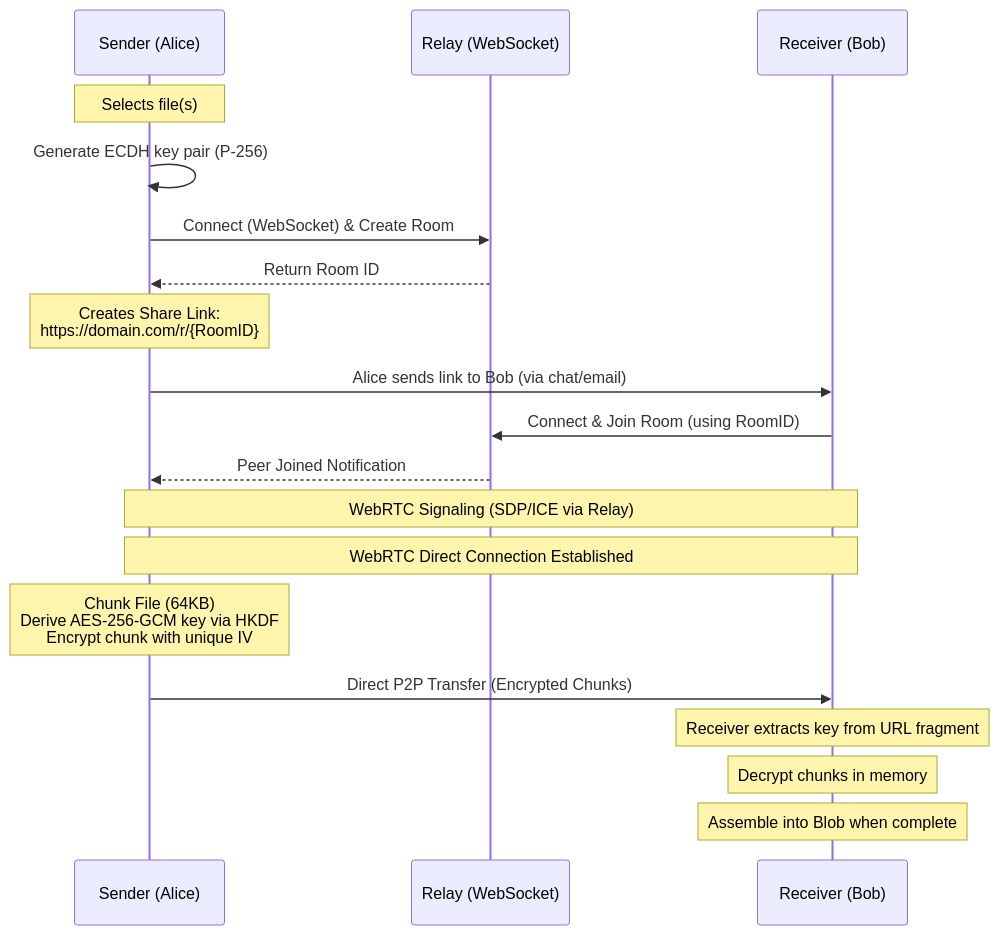
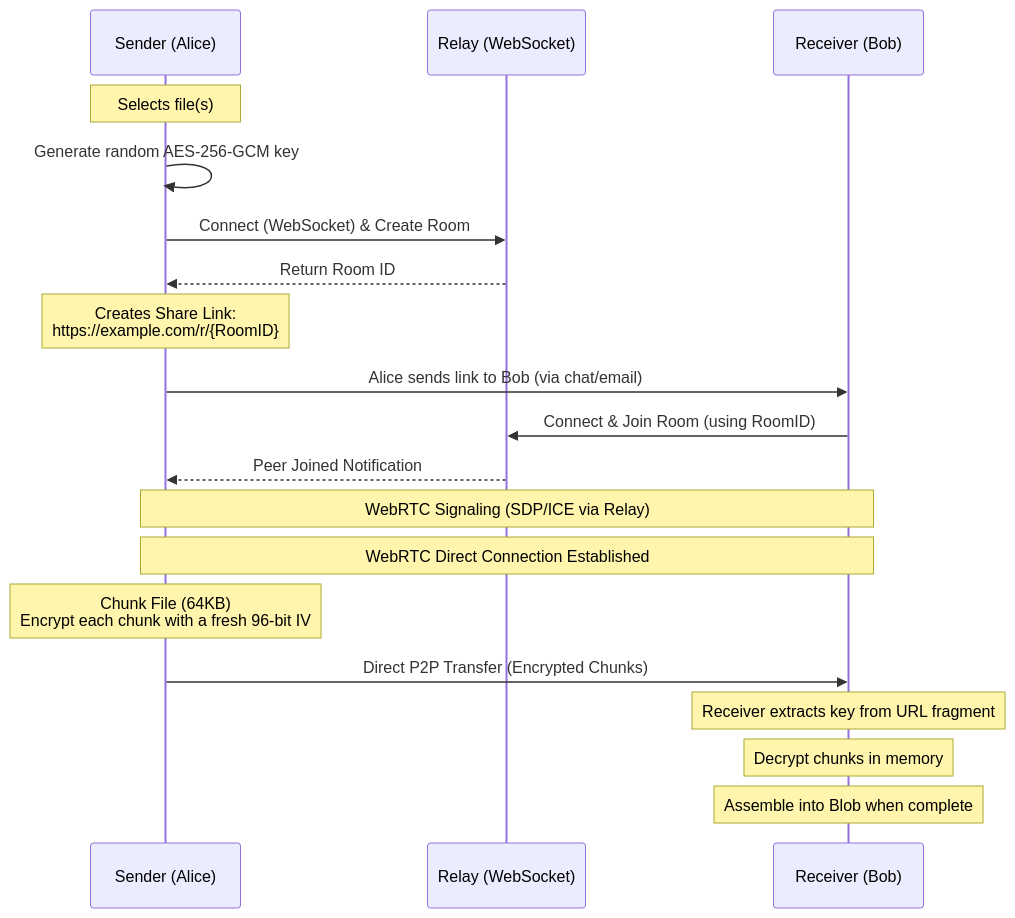
Before and after one commit to itsoumya-d/peervault: the diagram in README.md, drawn with Mermaid. The commit also changed other lines of this file and 29 other files, not shown here.

````diff
--- a/README.md
+++ b/README.md
@@ -68,26 +68,26 @@
 ```mermaid
 sequenceDiagram
     participant S as Sender (Alice)
     participant R as Relay (WebSocket)
     participant C as Receiver (Bob)
 
     Note over S: Selects file(s)
-    S->>S: Generate ECDH key pair (P-256)
+    S->>S: Generate random AES-256-GCM key
     S->>R: Connect (WebSocket) & Create Room
     R-->>S: Return Room ID
-    Note over S: Creates Share Link:<br/>https://domain.com/r/{RoomID}#{ECDHKey}
+    Note over S: Creates Share Link:<br/>https://example.com/r/{RoomID}#{AESKey}
 
     S->>C: Alice sends link to Bob (via chat/email)
     C->>R: Connect & Join Room (using RoomID)
     R-->>S: Peer Joined Notification
 
     Note over S,C: WebRTC Signaling (SDP/ICE via Relay)
     Note over S,C: WebRTC Direct Connection Established
 
-    Note over S: Chunk File (64KB)<br/>Derive AES-256-GCM key via HKDF<br/>Encrypt chunk with unique IV
+    Note over S: Chunk File (64KB)<br/>Encrypt each chunk with a fresh 96-bit IV
     S->>C: Direct P2P Transfer (Encrypted Chunks)
 
     Note over C: Receiver extracts key from URL fragment
     Note over C: Decrypt chunks in memory
     Note over C: Assemble into Blob when complete
 ```
````
